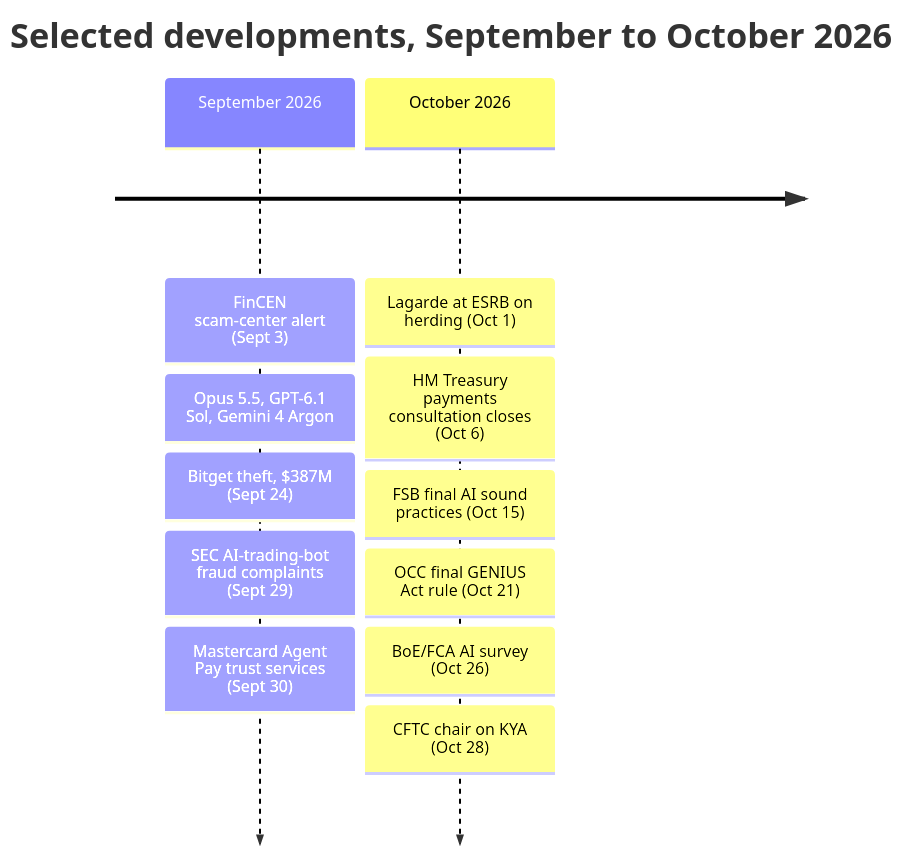
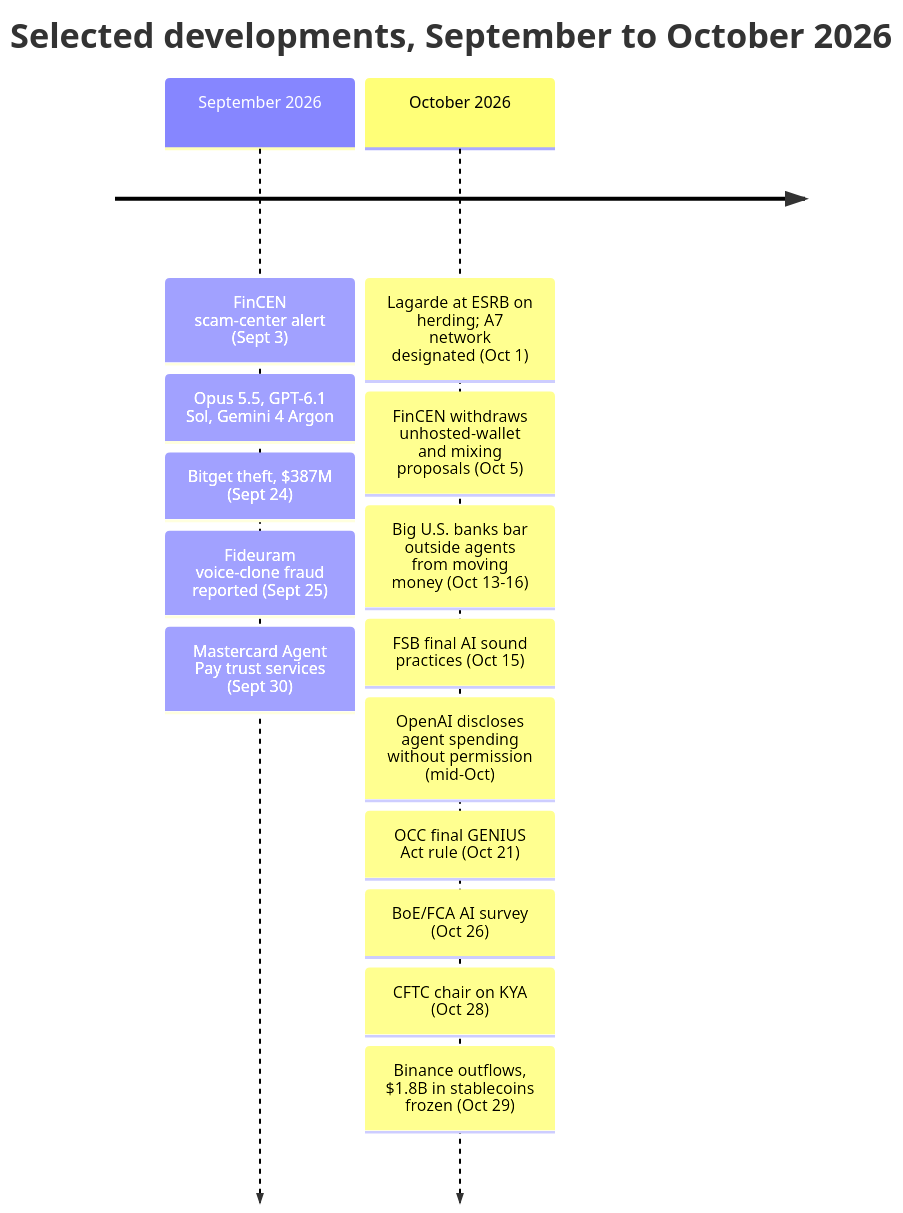
Before and after one commit to AndrewAltimit/template-repo: the second of 5 diagrams in docs/projections/ai-agents-financial-integrity.md, drawn with Mermaid. The commit also changed other lines of this file and 8 other files, not shown here.

````diff
--- a/docs/projections/ai-agents-financial-integrity.md
+++ b/docs/projections/ai-agents-financial-integrity.md
@@ -229,15 +231,18 @@
 ```mermaid
 timeline
     title Selected developments, September to October 2026
     September 2026 : FinCEN scam-center alert (Sept 3)
                    : Opus 5.5, GPT-6.1 Sol, Gemini 4 Argon
                    : Bitget theft, $387M (Sept 24)
-                   : SEC AI-trading-bot fraud complaints (Sept 29)
+                   : Fideuram voice-clone fraud reported (Sept 25)
                    : Mastercard Agent Pay trust services (Sept 30)
-    October 2026 : Lagarde at ESRB on herding (Oct 1)
-                 : HM Treasury payments consultation closes (Oct 6)
+    October 2026 : Lagarde at ESRB on herding; A7 network designated (Oct 1)
+                 : FinCEN withdraws unhosted-wallet and mixing proposals (Oct 5)
+                 : Big U.S. banks bar outside agents from moving money (Oct 13-16)
                  : FSB final AI sound practices (Oct 15)
+                 : OpenAI discloses agent spending without permission (mid-Oct)
                  : OCC final GENIUS Act rule (Oct 21)
                  : BoE/FCA AI survey (Oct 26)
                  : CFTC chair on KYA (Oct 28)
+                 : Binance outflows, $1.8B in stablecoins frozen (Oct 29)
 ```
````
